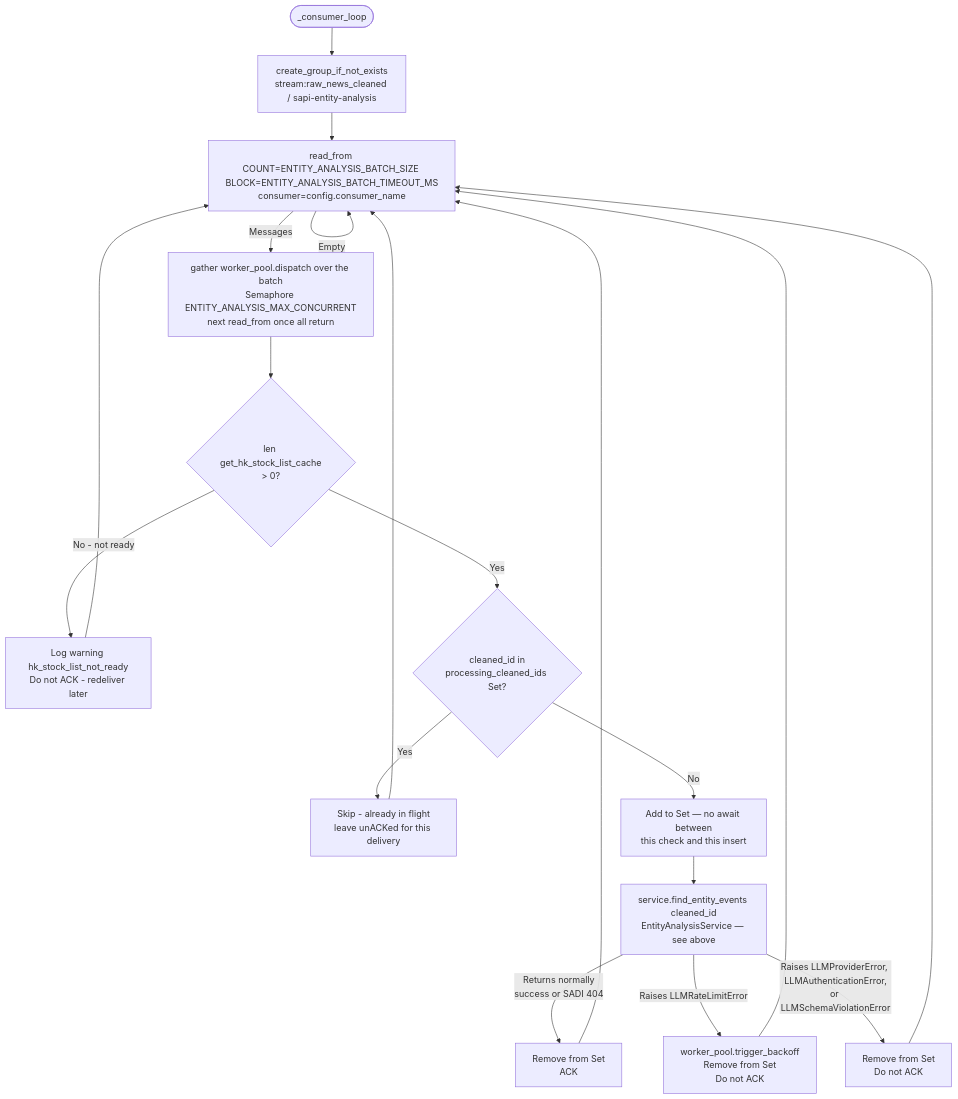
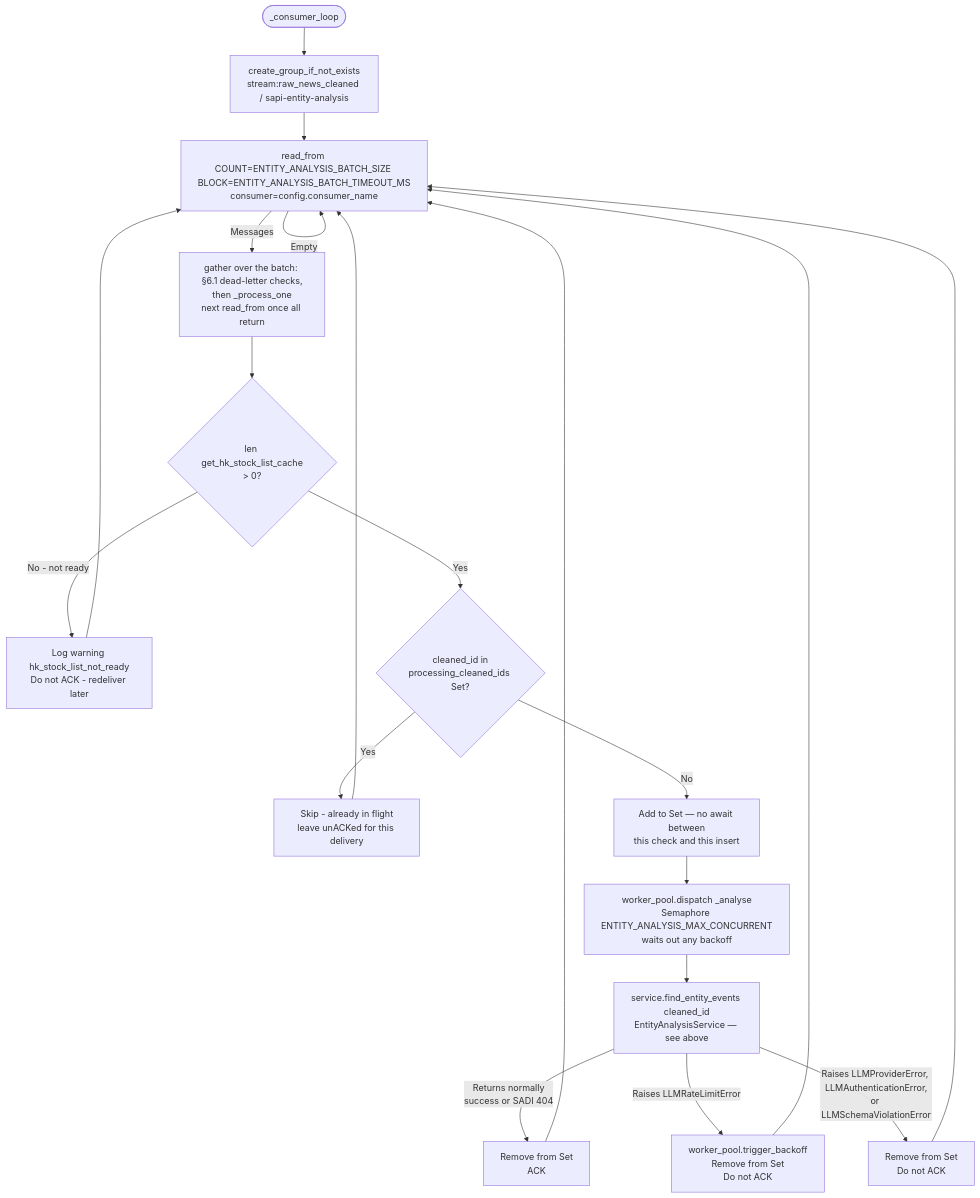
Before and after one commit to mars-xiaoyi/wealthfinder: the first of 4 diagrams in stock-assistant-pipeline-intelligence/docs/implementation.md, drawn with Mermaid. The commit also changed other lines of this file and 2 other files, not shown here.

First line of the commit message:
SAPI docs: WorkerPool defaults, in-flight guard before the slot, batch claim timeout

````diff
--- a/stock-assistant-pipeline-intelligence/docs/implementation.md
+++ b/stock-assistant-pipeline-intelligence/docs/implementation.md
@@ -3564,17 +3569,18 @@
 ```mermaid
 flowchart TD
     A([_consumer_loop]) --> B[create_group_if_not_exists\nstream:raw_news_cleaned / sapi-entity-analysis]
     B --> C[read_from COUNT=ENTITY_ANALYSIS_BATCH_SIZE BLOCK=ENTITY_ANALYSIS_BATCH_TIMEOUT_MS\nconsumer=config.consumer_name]
     C -->|Empty| C
-    C -->|Messages| D[gather worker_pool.dispatch over the batch\nSemaphore ENTITY_ANALYSIS_MAX_CONCURRENT\nnext read_from once all return]
+    C -->|Messages| D[gather over the batch: §6.1 dead-letter checks,\nthen _process_one\nnext read_from once all return]
     D --> R{len get_hk_stock_list_cache\n> 0?}
     R -->|No - not ready| S[Log warning hk_stock_list_not_ready\nDo not ACK - redeliver later]
     R -->|Yes| E{cleaned_id in\nprocessing_cleaned_ids Set?}
     E -->|Yes| F[Skip - already in flight\nleave unACKed for this delivery]
     E -->|No| G[Add to Set — no await between\nthis check and this insert]
-    G --> H[service.find_entity_events cleaned_id\nEntityAnalysisService — see above]
+    G --> W[worker_pool.dispatch _analyse\nSemaphore ENTITY_ANALYSIS_MAX_CONCURRENT\nwaits out any backoff]
+    W --> H[service.find_entity_events cleaned_id\nEntityAnalysisService — see above]
     H -->|Returns normally\nsuccess or SADI 404| Q[Remove from Set\nACK]
     H -->|Raises LLMRateLimitError| L[worker_pool.trigger_backoff\nRemove from Set\nDo not ACK]
     H -->|Raises LLMProviderError, LLMAuthenticationError,\nor LLMSchemaViolationError| M[Remove from Set\nDo not ACK]
     F & Q & L & M & S --> C
 ```
````
